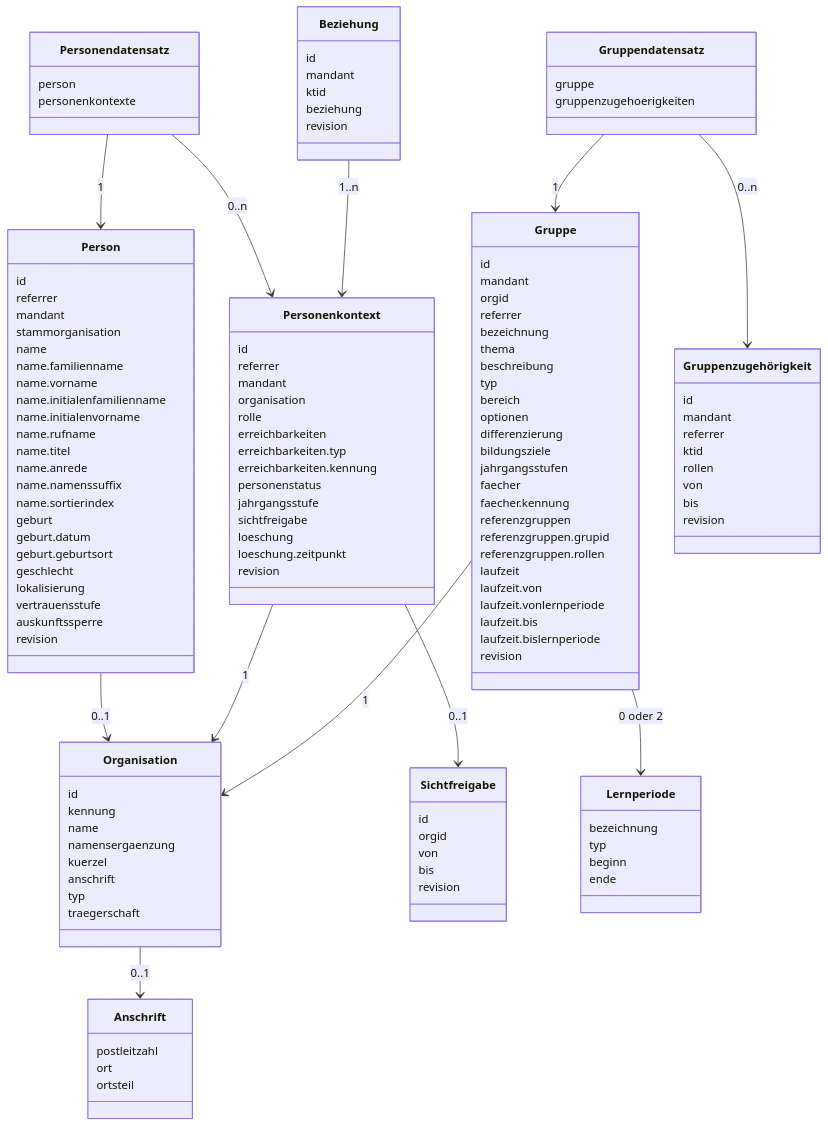
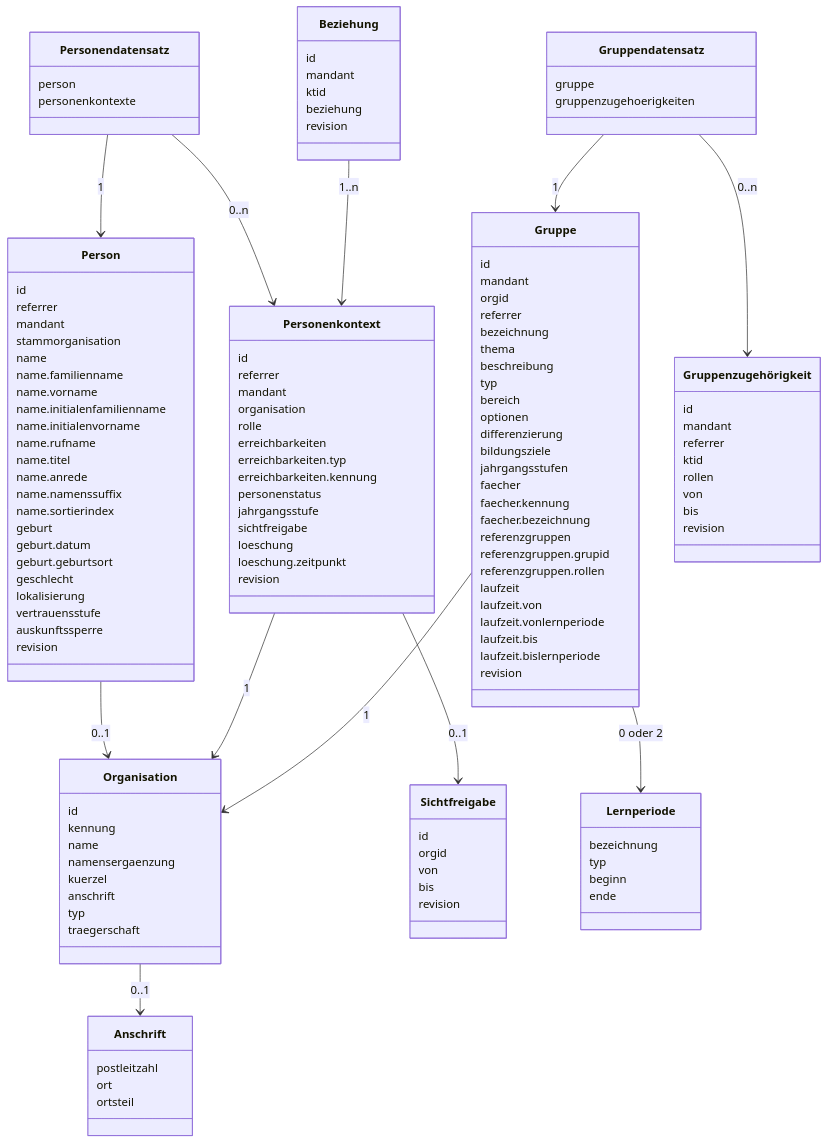
The diagram in docs/datenmodell/datenmodell.md (Schulconnex/Schulconnex), drawn with Mermaid before and after one commit. The commit also changed 12 other files, not shown here.

```diff
--- a/docs/datenmodell/datenmodell.md
+++ b/docs/datenmodell/datenmodell.md
@@ -108,6 +108,7 @@
     jahrgangsstufen
     faecher
     faecher.kennung
+    faecher.bezeichnung
     referenzgruppen
     referenzgruppen.grupid
     referenzgruppen.rollen
```
